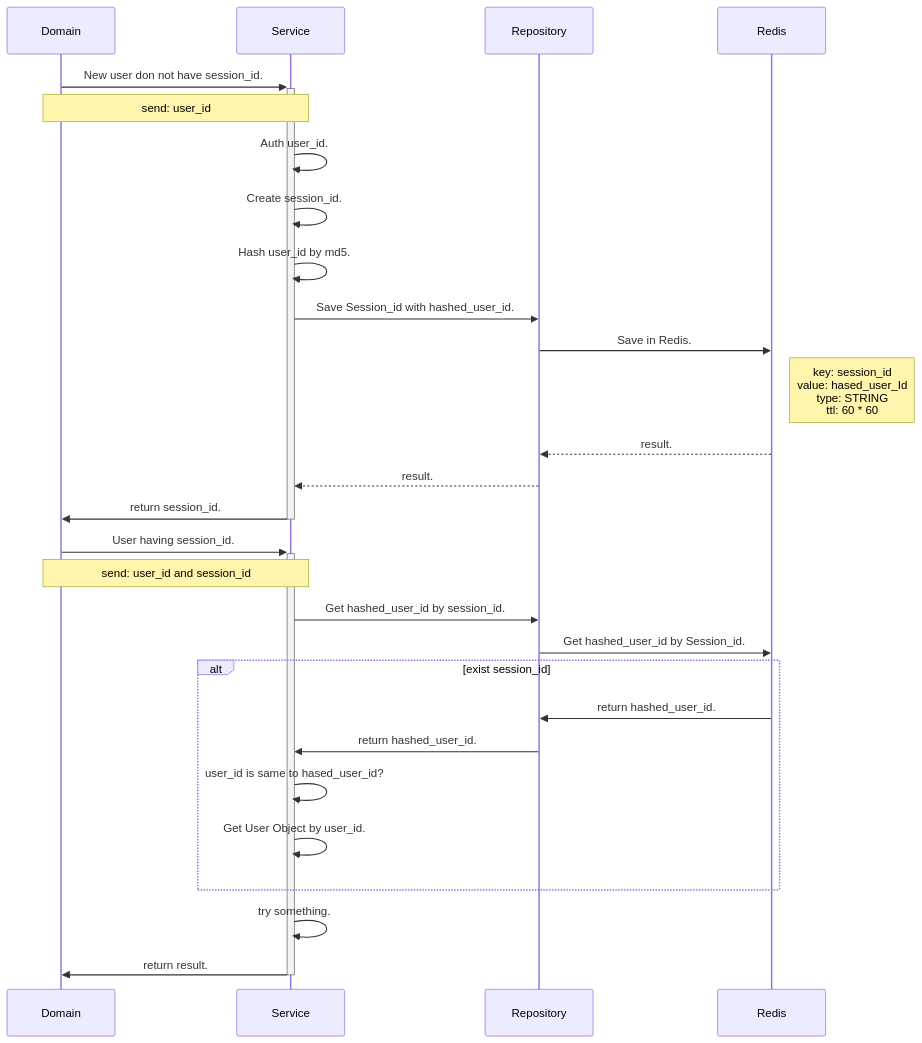
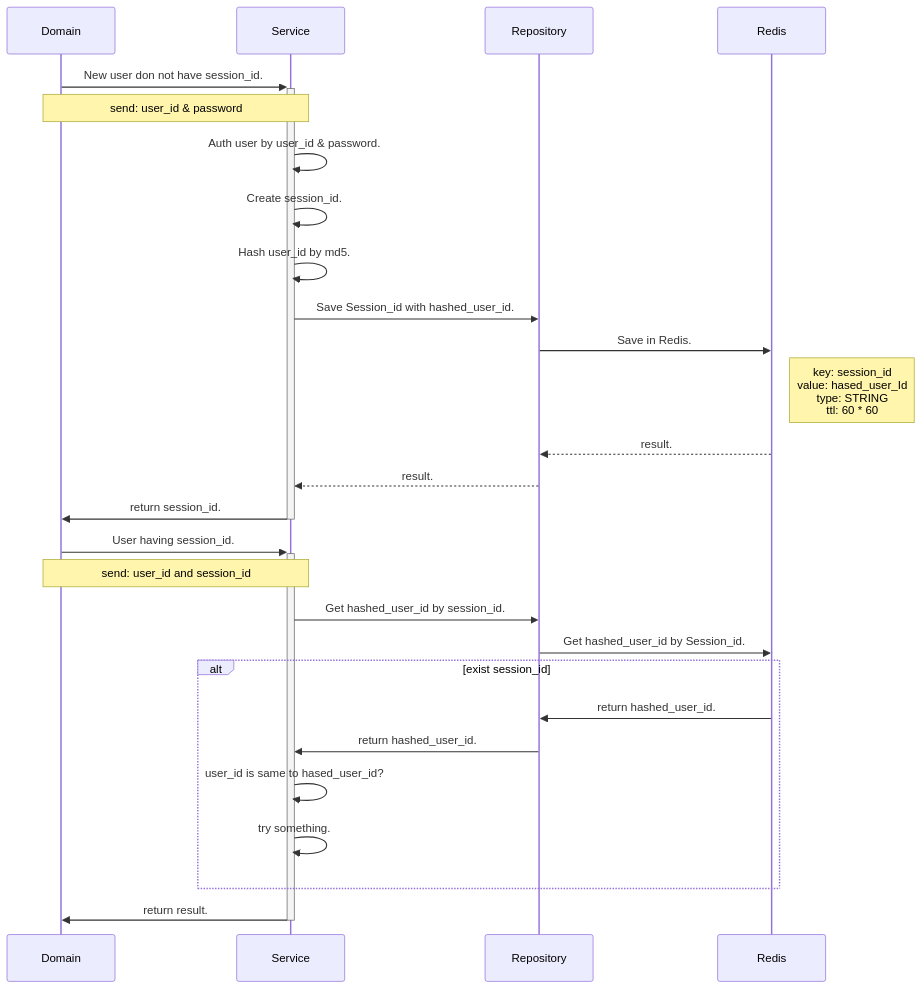
Before and after one commit to yutakasugiura/redis_learning: the diagram in README.md, drawn with Mermaid.

Commit message:
add:session

````diff
--- a/README.md
+++ b/README.md
@@ -33,31 +33,30 @@
 ```mermaid
 sequenceDiagram
     participant Domain
     participant Service
     participant Repository
     participant Redis
     Domain->>+Service: New user don not have session_id. 
-      Note over Domain, Service: send: user_id
-    Service->>Service: Auth user_id.
+      Note over Domain, Service: send: user_id & password
+    Service->>Service: Auth user by user_id & password.
     Service->>Service: Create session_id.
     Service->>Service: Hash user_id by md5.
     Service->>Repository: Save Session_id with hashed_user_id.
     Repository->>Redis: Save in Redis.
      Note right of Redis: key: session_id<br>value: hased_user_Id <br>type: STRING<br> ttl: 60 * 60
     Redis-->>Repository: result.
     Repository-->>Service: result.
     Service->>-Domain: return session_id.
 
     Domain->>+Service: User having session_id.
       Note over Domain, Service: send: user_id and session_id
     Service->>Repository: Get hashed_user_id by session_id.
     Repository->>Redis: Get hashed_user_id by Session_id.
     alt exist session_id
       Redis->>Repository: return hashed_user_id.
       Repository->>Service: return hashed_user_id.
       Service->>Service: user_id is same to hased_user_id?
-      Service->>Service: Get User Object by user_id.
+      Service->>Service: try something.
     end
-    Service->>Service: try something.
     Service->>-Domain: return result.
 ```
````
